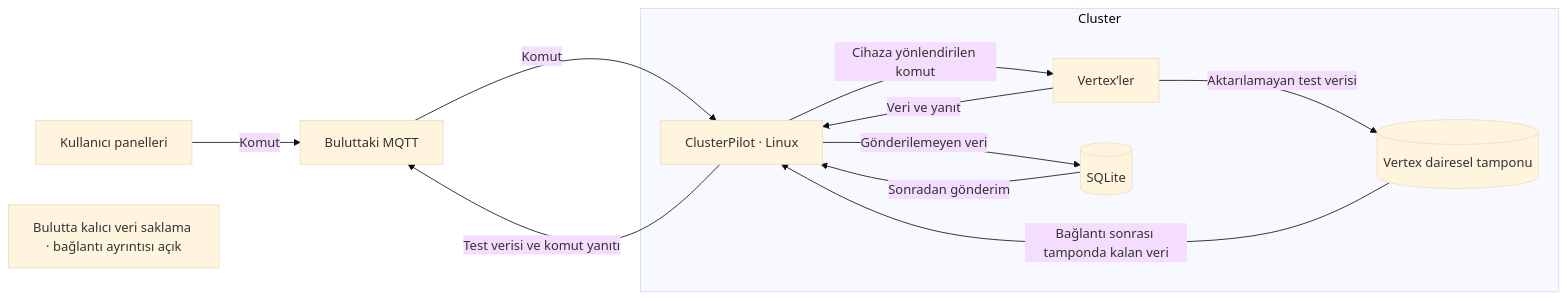
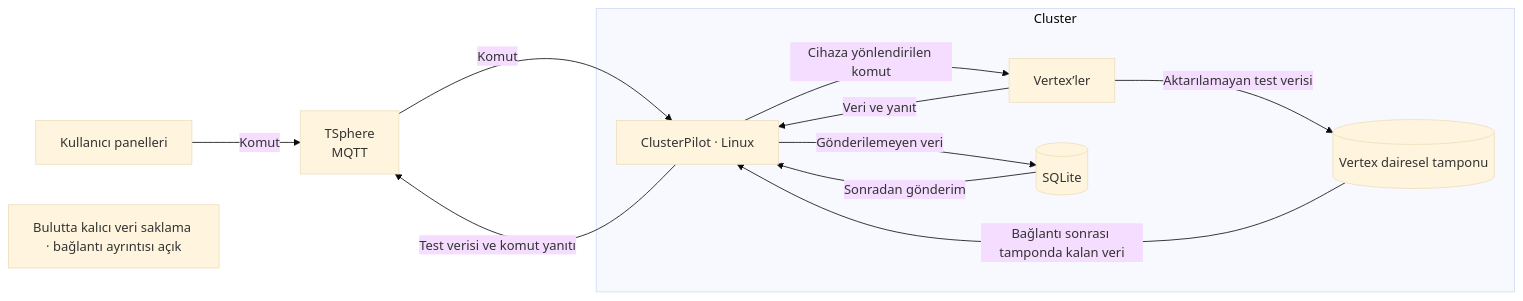
Before and after one commit to mkadayifci/tronloop-defteri-kebir: the diagram in docs/03-software/architecture-notes.md, drawn with Mermaid (base theme). The commit also changed other lines of this file and 15 other files, not shown here.

````diff
--- a/docs/03-software/architecture-notes.md
+++ b/docs/03-software/architecture-notes.md
@@ -28,15 +28,15 @@
 ```mermaid
 flowchart LR
-    PANEL["Kullanıcı panelleri"] -->|Komut| MQTT["Buluttaki MQTT"]
+    PANEL["Kullanıcı panelleri"] -->|Komut| MQTT["TSphere<br/>MQTT"]
     MQTT -->|Komut| CP["ClusterPilot · Linux"]
     subgraph CLUSTER["Cluster"]
         CP -->|Cihaza yönlendirilen komut| V["Vertex’ler"]
         V -->|Veri ve yanıt| CP
         V -->|Aktarılamayan test verisi| VB[(Vertex dairesel tamponu)]
         VB -->|Bağlantı sonrası tamponda kalan veri| CP
         CP -->|Gönderilemeyen veri| SQL[(SQLite)]
         SQL -->|Sonradan gönderim| CP
     end
     CP -->|Test verisi ve komut yanıtı| MQTT
     STORE["Bulutta kalıcı veri saklama · bağlantı ayrıntısı açık"]
 ```
````
